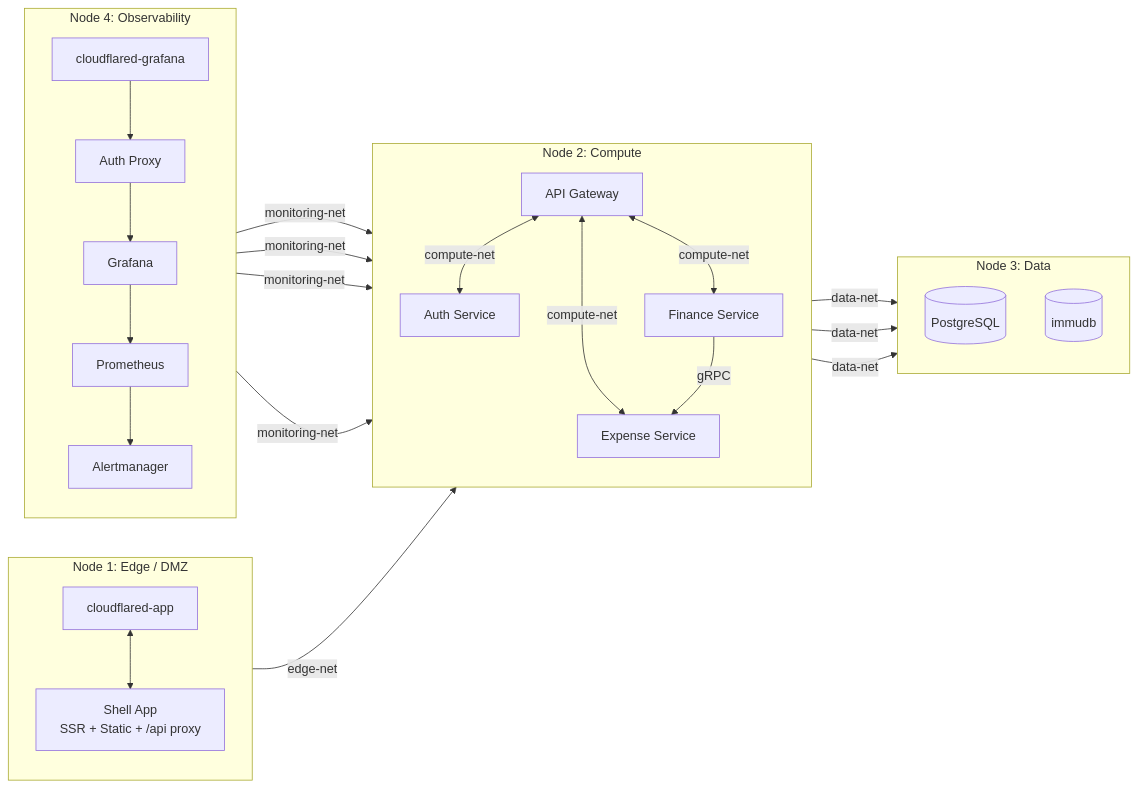
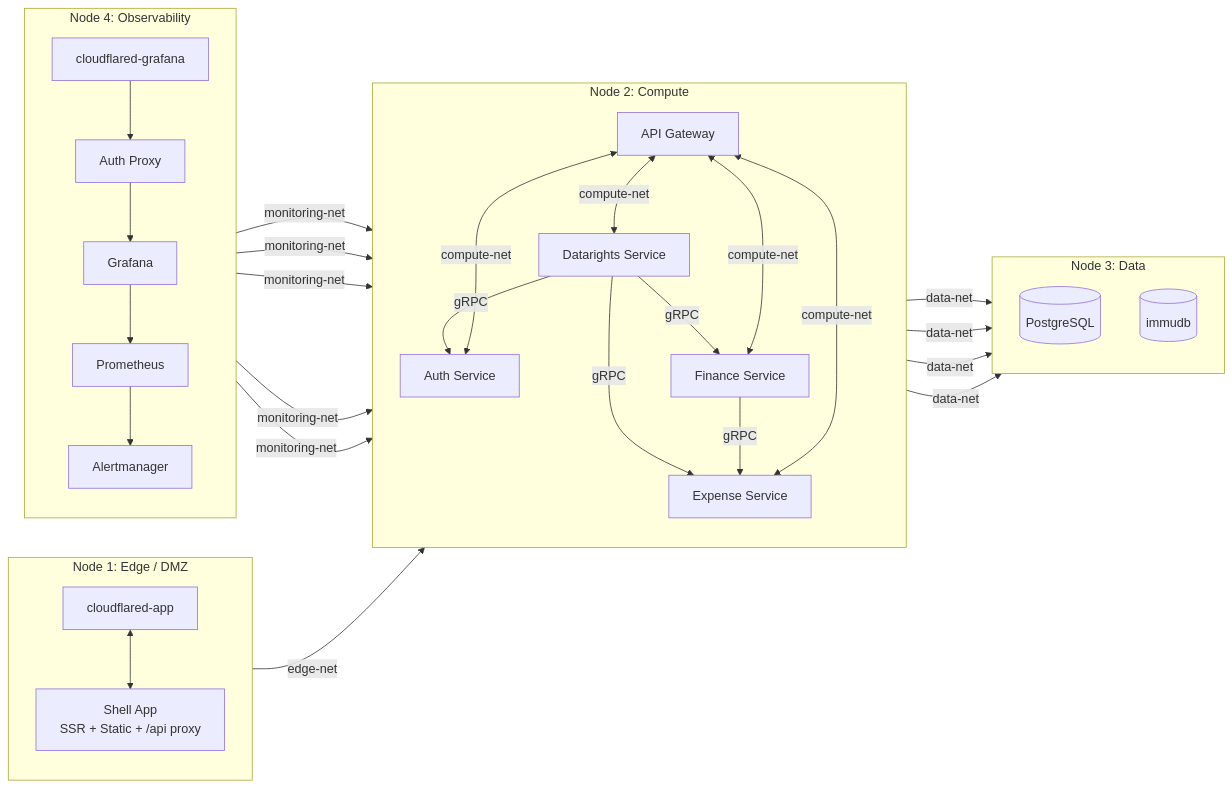
One commit to ItsThompson/gofin changed the first of 5 diagrams in docs/architecture.md. Above: the diagram before and after it, drawn with Mermaid. The commit also changed other lines of this file, not shown here.

First line of the commit message:
docs(architecture): add datarights service to topology and data flows

````diff
--- a/docs/architecture.md
+++ b/docs/architecture.md
@@ -9,51 +9,58 @@
 ```mermaid
 graph LR
     subgraph Node1[Node 1: Edge / DMZ]
         direction TB
         MFE[Shell App<br/>SSR + Static + /api proxy]
         CF1[cloudflared-app]
     end
 
     subgraph Node2[Node 2: Compute]
         direction TB
         GW[API Gateway]
         AS[Auth Service]
         ES[Expense Service]
         FS[Finance Service]
+        DR[Datarights Service]
     end
 
     subgraph Node3[Node 3: Data]
         direction TB
         PG[(PostgreSQL)]
         IM[(immudb)]
     end
 
     subgraph Node4[Node 4: Observability]
         direction TB
         PR[Prometheus]
         AL[Alertmanager]
         GR[Grafana]
         AP[Auth Proxy]
         CF2[cloudflared-grafana]
     end
 
     CF1 <--> MFE
     MFE -->|edge-net| GW
 
     GW <-->|compute-net| AS
     GW <-->|compute-net| ES
     GW <-->|compute-net| FS
+    GW <-->|compute-net| DR
     FS -->|gRPC| ES
+    DR -->|gRPC| AS
+    DR -->|gRPC| ES
+    DR -->|gRPC| FS
 
     AS -->|data-net| PG
     FS -->|data-net| PG
+    DR -->|data-net| PG
     ES -->|data-net| IM
 
     PR -->|monitoring-net| GW
     PR -->|monitoring-net| AS
     PR -->|monitoring-net| ES
     PR -->|monitoring-net| FS
+    PR -->|monitoring-net| DR
     PR --> AL
     GR --> PR
     CF2 --> AP --> GR
 ```
````
